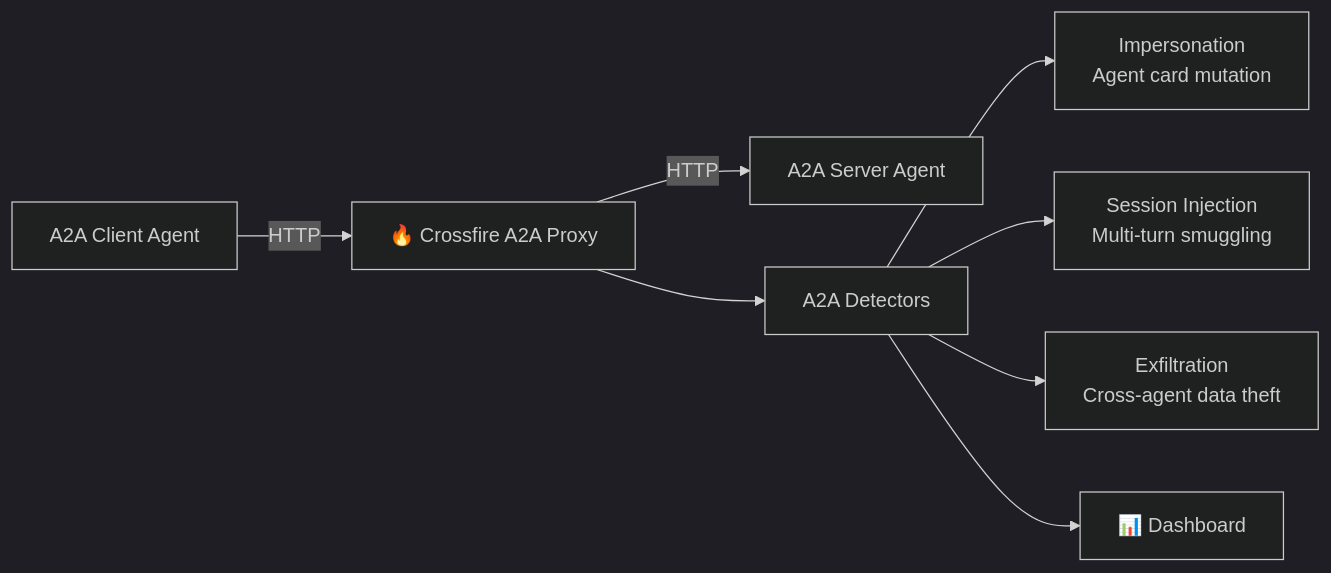
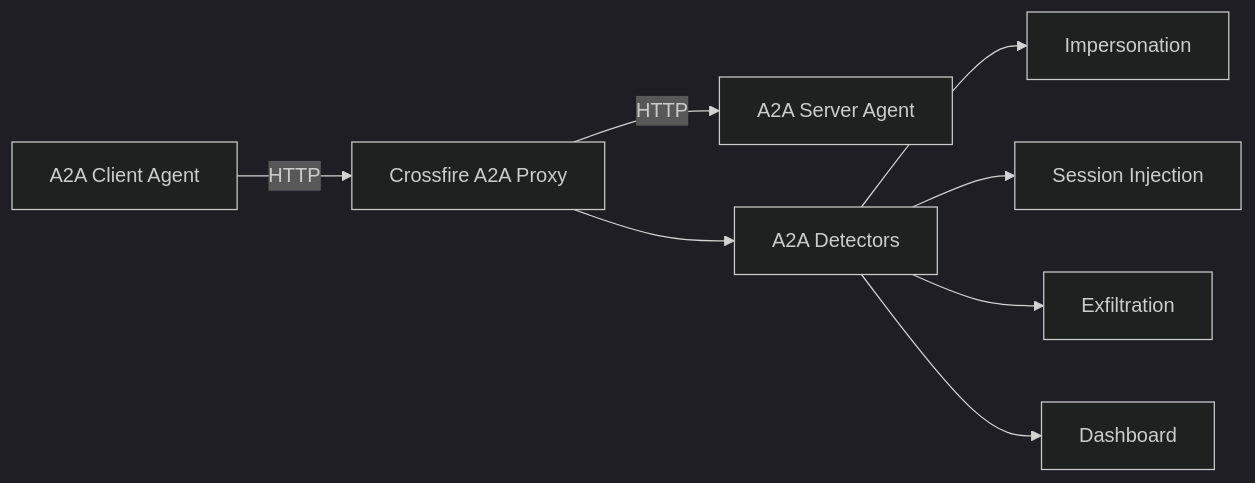
The fifth of 5 diagrams in README.md (Yugandhar-G/crossfire), drawn with Mermaid (dark theme) before and after one commit. The commit also changed other lines of this file, not shown here.

````diff
--- a/README.md
+++ b/README.md
@@ -496,10 +383,10 @@
 ```mermaid
 graph LR
-    A2A_CLIENT["A2A Client Agent"] -->|"HTTP"| A2A_PROXY["🔥 Crossfire A2A Proxy"]
+    A2A_CLIENT["A2A Client Agent"] -->|"HTTP"| A2A_PROXY["Crossfire A2A Proxy"]
     A2A_PROXY -->|"HTTP"| A2A_SERVER["A2A Server Agent"]
     A2A_PROXY --> A2A_DET["A2A Detectors"]
-    A2A_DET --> D1["Impersonation<br/>Agent card mutation"]
-    A2A_DET --> D2["Session Injection<br/>Multi-turn smuggling"]
-    A2A_DET --> D3["Exfiltration<br/>Cross-agent data theft"]
-    A2A_DET --> DASH["📊 Dashboard"]
+    A2A_DET --> D1["Impersonation"]
+    A2A_DET --> D2["Session Injection"]
+    A2A_DET --> D3["Exfiltration"]
+    A2A_DET --> DASH["Dashboard"]
 ```
````
